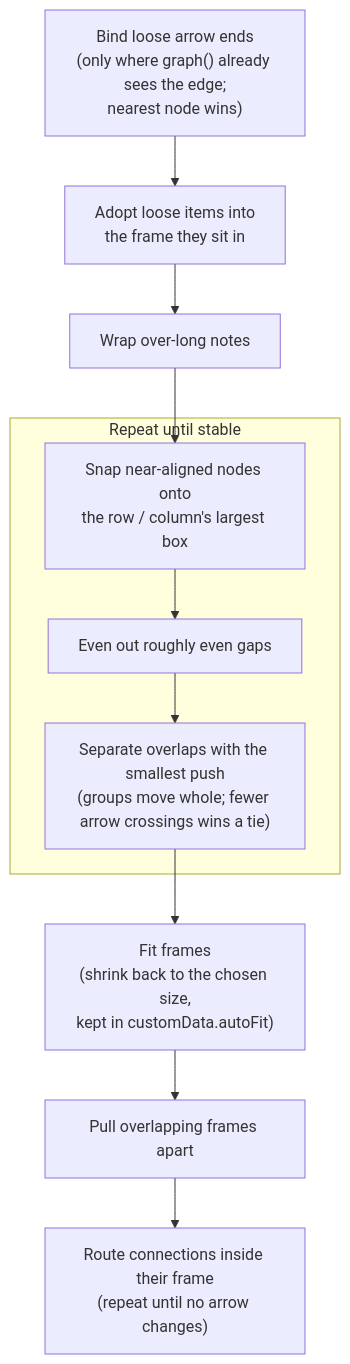
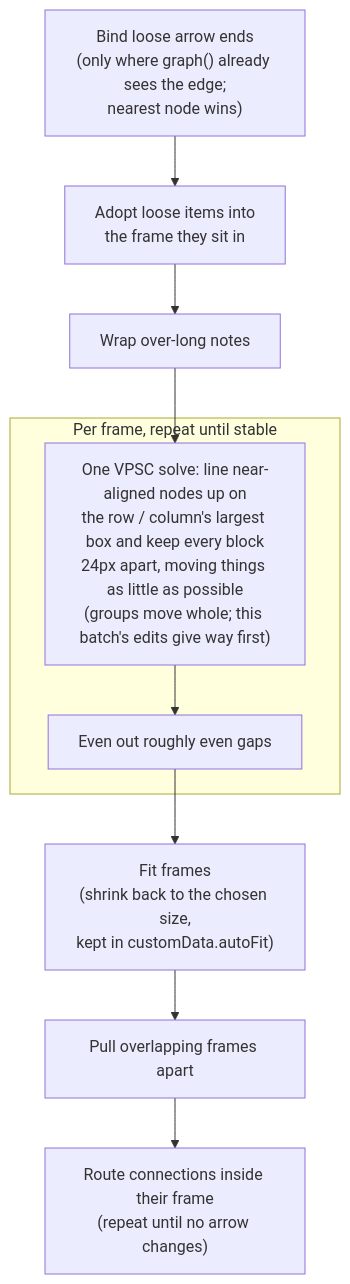
The seventh of 8 diagrams in docs/design.md (aranlucas/system-design-companion), drawn with Mermaid before and after one commit. The commit also changed other lines of this file and 7 other files, not shown here.

First line of the commit message:
Tidy with one VPSC solve instead of greedy snap-and-push passes

````diff
--- a/docs/design.md
+++ b/docs/design.md
@@ -233,13 +233,12 @@
 ```mermaid
 flowchart TD
     A["Bind loose arrow ends<br/>(only where graph() already sees the edge;<br/>nearest node wins)"] --> B["Adopt loose items into<br/>the frame they sit in"]
     B --> C["Wrap over-long notes"]
     C --> D
-    subgraph Loop["Repeat until stable"]
-        D["Snap near-aligned nodes onto<br/>the row / column's largest box"] --> E["Even out roughly even gaps"]
-        E --> F["Separate overlaps with the smallest push<br/>(groups move whole; fewer arrow crossings wins a tie)"]
+    subgraph Loop["Per frame, repeat until stable"]
+        D["One VPSC solve: line near-aligned nodes up on<br/>the row / column's largest box and keep every block<br/>24px apart, moving things as little as possible<br/>(groups move whole; this batch's edits give way first)"] --> F["Even out roughly even gaps"]
     end
     F --> G["Fit frames<br/>(shrink back to the chosen size,<br/>kept in customData.autoFit)"]
     G --> H["Pull overlapping frames apart"]
     H --> I["Route connections inside their frame<br/>(repeat until no arrow changes)"]
 ```
````
